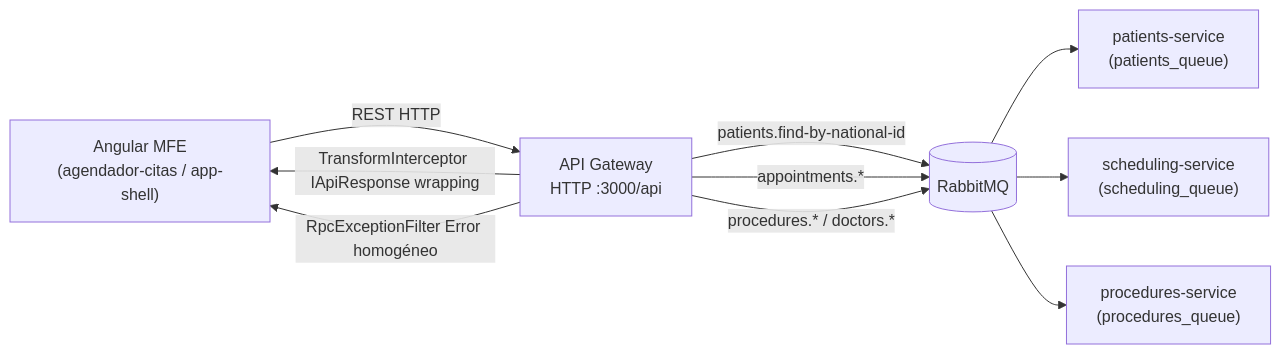
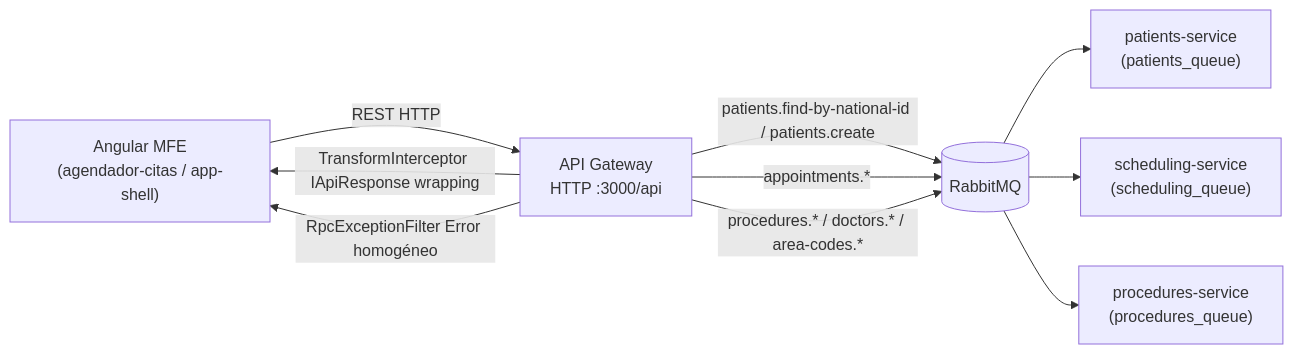
The diagram in docs/api-gateway.md (ctg-angular-lab/nx-boilerplate), drawn with Mermaid before and after one commit. The commit also changed other lines of this file and 7 other files, not shown here.

````diff
--- a/docs/api-gateway.md
+++ b/docs/api-gateway.md
@@ -21,20 +21,20 @@
 ```mermaid
 graph LR
     FE["Angular MFE\n(agendador-citas / app-shell)"]
     GW["API Gateway\nHTTP :3000/api"]
     RMQ[(RabbitMQ)]
     PS["patients-service\n(patients_queue)"]
     SC["scheduling-service\n(scheduling_queue)"]
     PR["procedures-service\n(procedures_queue)"]
 
     FE -->|REST HTTP| GW
-    GW -->|patients.find-by-national-id| RMQ
+    GW -->|patients.find-by-national-id / patients.create| RMQ
     GW -->|appointments.*| RMQ
-    GW -->|procedures.* / doctors.*| RMQ
+    GW -->|procedures.* / doctors.* / area-codes.*| RMQ
     RMQ --> PS
     RMQ --> SC
     RMQ --> PR
 
     GW -->|TransformInterceptor IApiResponse wrapping| FE
     GW -->|RpcExceptionFilter Error homogéneo| FE
 ```
````
